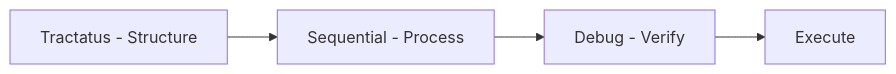
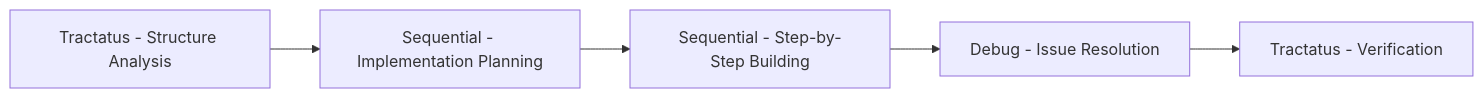
Before and after one commit to Alot1z/get-shit-indexed: the second of 5 diagrams in README.md, drawn with Mermaid. The commit also changed other lines of this file and 19 other files, not shown here.

````diff
--- a/README.md
+++ b/README.md
@@ -254,6 +425,7 @@
 ```mermaid
 graph LR
-    A[Tractatus - Structure] --> B[Sequential - Process]
-    B --> C[Debug - Verify]
-    C --> D[Execute]
+    A[Tractatus - Structure Analysis] --> B[Sequential - Implementation Planning]
+    B --> C[Sequential - Step-by-Step Building]
+    C --> D[Debug - Issue Resolution]
+    D --> E[Tractatus - Verification]
 ```
````
